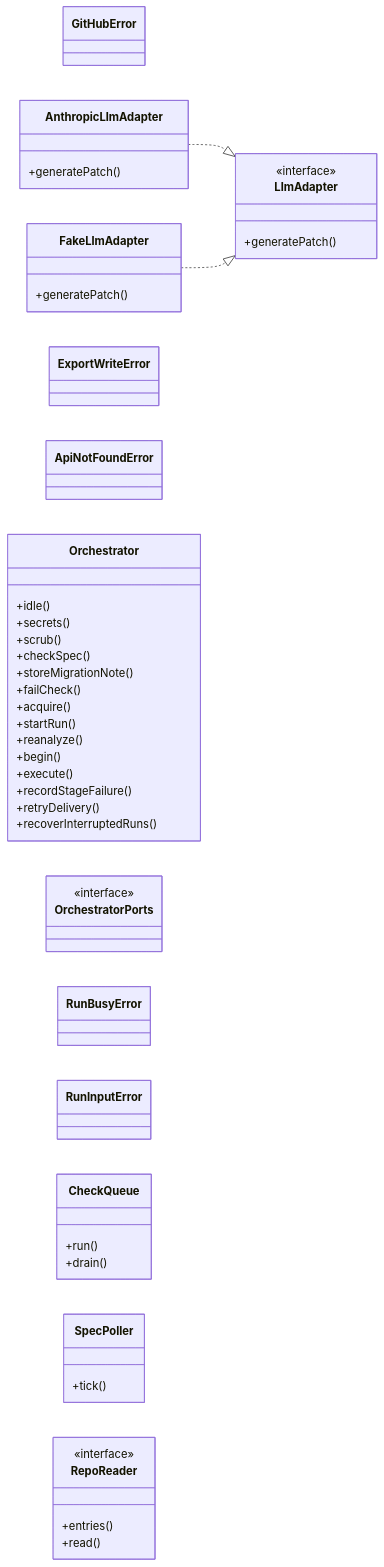
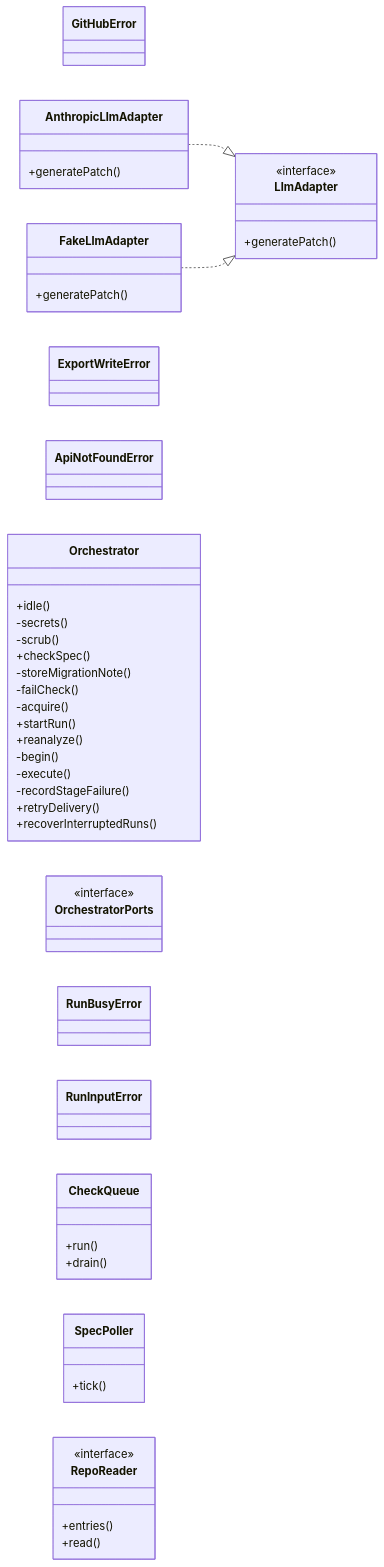
Before and after one commit to Bigyan1313/self_maintaining_api: the diagram in docs/diagrams/reverse-engineered.md, drawn with Mermaid. The commit also changed other lines of this file and 8 other files, not shown here.

````diff
--- a/docs/diagrams/reverse-engineered.md
+++ b/docs/diagrams/reverse-engineered.md
@@ -7,57 +7,57 @@
 ```mermaid
 classDiagram
   direction LR
   class GitHubError {
   }
   class AnthropicLlmAdapter {
     +generatePatch()
   }
   class FakeLlmAdapter {
     +generatePatch()
   }
   class LlmAdapter {
     <<interface>>
     +generatePatch()
   }
   class ExportWriteError {
   }
   class ApiNotFoundError {
   }
   class Orchestrator {
     +idle()
-    +secrets()
-    +scrub()
+    -secrets()
+    -scrub()
     +checkSpec()
-    +storeMigrationNote()
-    +failCheck()
-    +acquire()
+    -storeMigrationNote()
+    -failCheck()
+    -acquire()
     +startRun()
     +reanalyze()
-    +begin()
-    +execute()
-    +recordStageFailure()
+    -begin()
+    -execute()
+    -recordStageFailure()
     +retryDelivery()
     +recoverInterruptedRuns()
   }
   class OrchestratorPorts {
     <<interface>>
   }
   class RunBusyError {
   }
   class RunInputError {
   }
   class CheckQueue {
     +run()
     +drain()
   }
   class SpecPoller {
     +tick()
   }
   class RepoReader {
     <<interface>>
     +entries()
     +read()
   }
   AnthropicLlmAdapter ..|> LlmAdapter
   FakeLlmAdapter ..|> LlmAdapter
 ```
````
